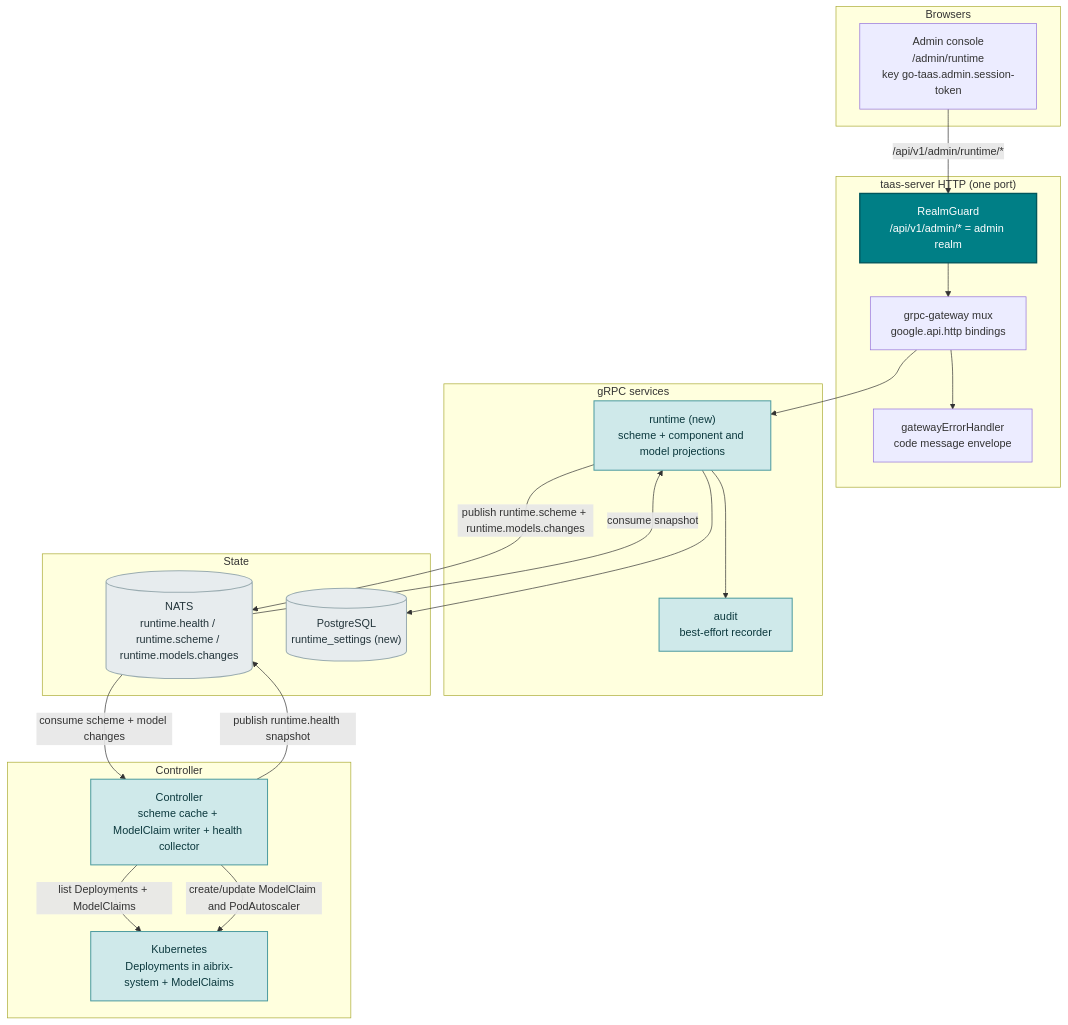
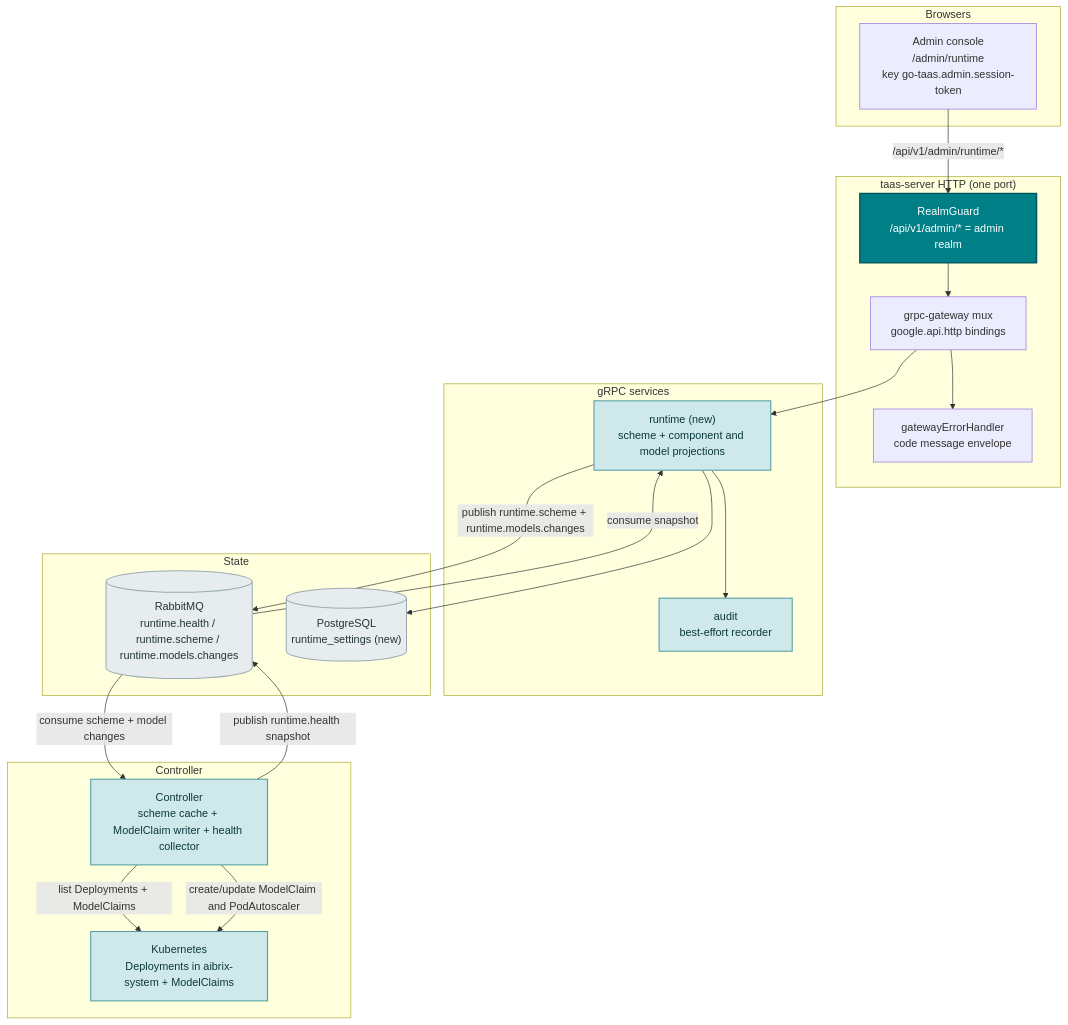
The first of 6 diagrams in site/docs/architecture/distributed-inference-runtime.md (go-taas/go-taas), drawn with Mermaid before and after one commit. The commit also changed other lines of this file and 35 other files, not shown here.

First line of the commit message:
docs: replace NATS with RabbitMQ across docs

````diff
--- a/site/docs/architecture/distributed-inference-runtime.md
+++ b/site/docs/architecture/distributed-inference-runtime.md
@@ -80,47 +80,47 @@
 ```mermaid
 flowchart TD
     subgraph browsers["Browsers"]
         AC["Admin console<br/>/admin/runtime<br/>key go-taas.admin.session-token"]
     end
 
     subgraph gateway["taas-server HTTP (one port)"]
         GUARD["RealmGuard<br/>/api/v1/admin/* = admin realm"]
         MUX["grpc-gateway mux<br/>google.api.http bindings"]
         ERR["gatewayErrorHandler<br/>code message envelope"]
     end
 
     subgraph services["gRPC services"]
         RT["runtime (new)<br/>scheme + component and model projections"]
         AUD["audit<br/>best-effort recorder"]
     end
 
     subgraph ctrl["Controller"]
         CTRL["Controller<br/>scheme cache + ModelClaim writer + health collector"]
         K8S["Kubernetes<br/>Deployments in aibrix-system + ModelClaims"]
     end
 
     subgraph stores["State"]
-        MQ[("NATS<br/>runtime.health / runtime.scheme / runtime.models.changes")]
+        MQ[("RabbitMQ<br/>runtime.health / runtime.scheme / runtime.models.changes")]
         PG[("PostgreSQL<br/>runtime_settings (new)")]
     end
 
     AC -->|"/api/v1/admin/runtime/*"| GUARD
     GUARD --> MUX
     MUX --> ERR
     MUX --> RT
     RT --> AUD
     RT --> PG
     CTRL -->|"list Deployments + ModelClaims"| K8S
     CTRL -->|"publish runtime.health snapshot"| MQ
     MQ -->|"consume snapshot"| RT
     RT -->|"publish runtime.scheme + runtime.models.changes"| MQ
     MQ -->|"consume scheme + model changes"| CTRL
     CTRL -->|"create/update ModelClaim and PodAutoscaler"| K8S
     classDef edge fill:#007F86,stroke:#00565C,stroke-width:2px,color:#FFFFFF
     classDef svc fill:#CFE9EA,stroke:#4E9CA0,stroke-width:1.5px,color:#0B383D
     classDef store fill:#E7ECEE,stroke:#9AACB1,stroke-width:1.5px,color:#23343A
     class AC consumer
     class GUARD edge
     class RT,AUD,CTRL,K8S svc
     class MQ,PG store
 ```
````
